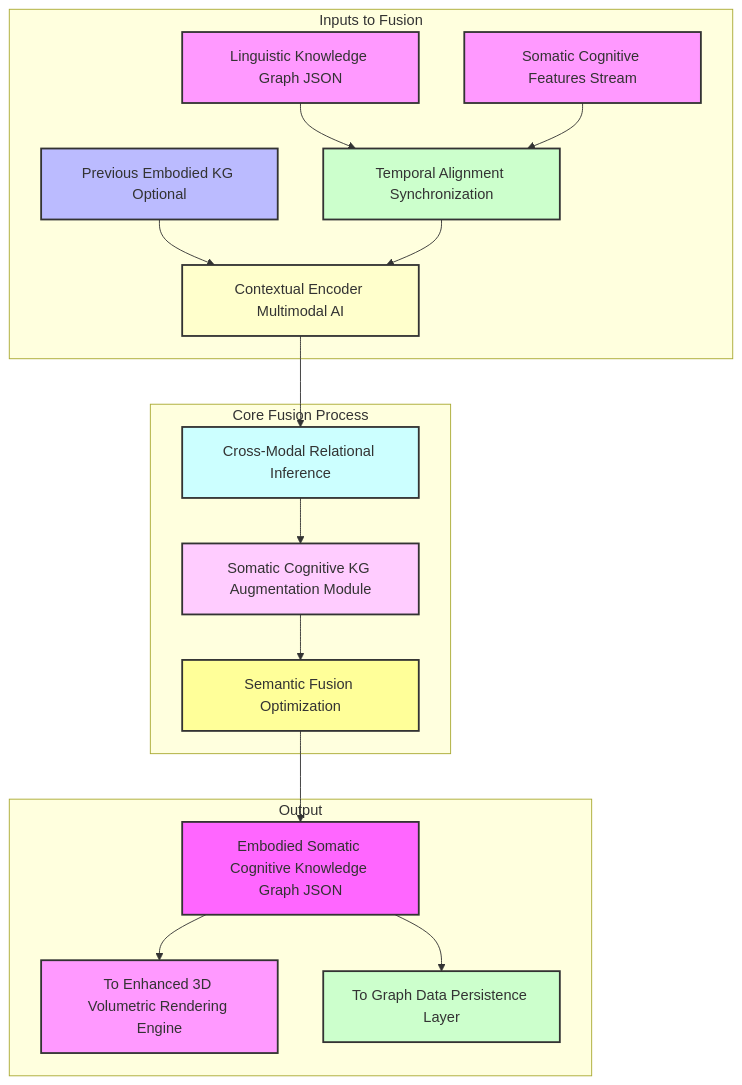
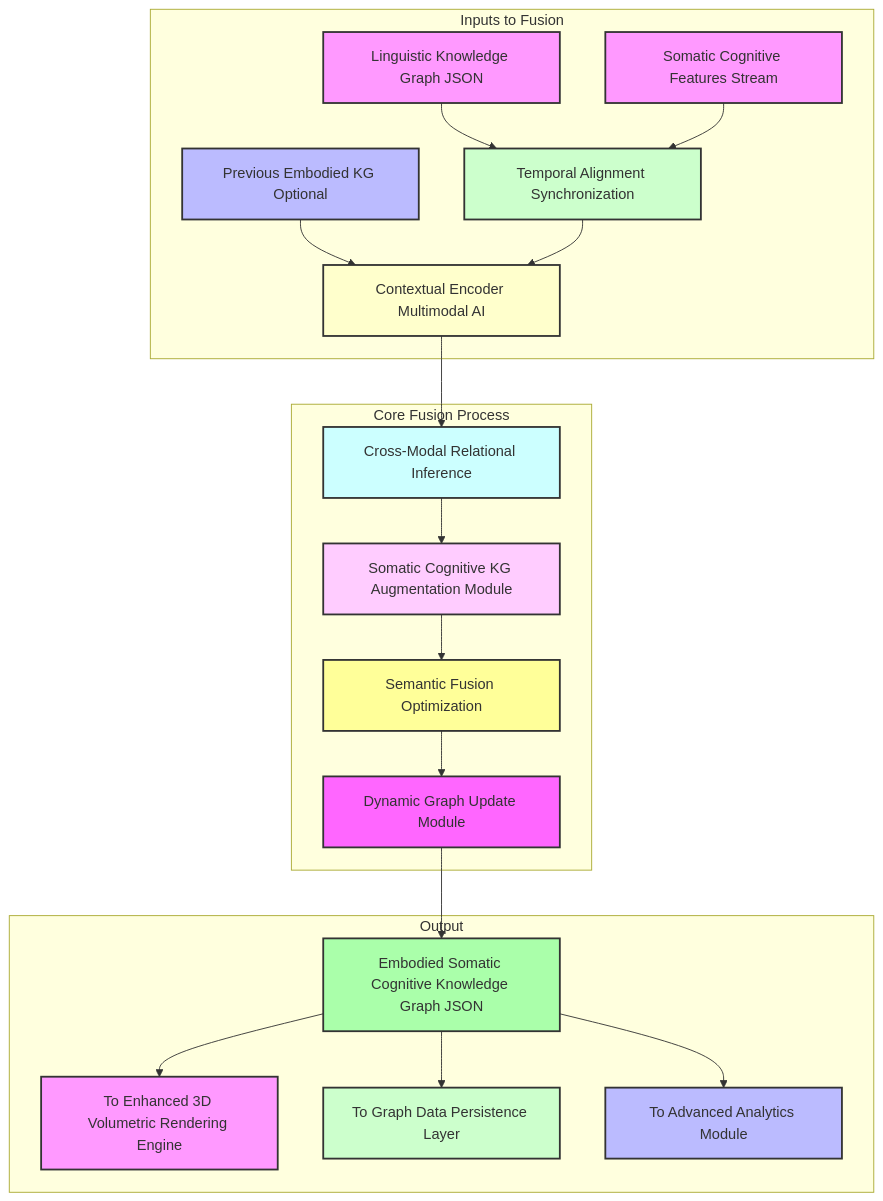
One commit to diplomat-bit/Citibank_Demo_Business_Inc_Demonstration- changed the fifth of 9 diagrams in inventions/inventions/012_holographic_meeting_scribe/014_multimodal_somatic_cognitive_graph_integration.md. Above: the diagram before and after it, drawn with Mermaid. The commit also changed other lines of this file, not shown here.

Commit message:
[AI] Edit: inventions/inventions/012_holographic_meeting_scribe/014_multimodal_somatic_cognitive_graph_integration.md

````diff
--- a/inventions/inventions/012_holographic_meeting_scribe/014_multimodal_somatic_cognitive_graph_integration.md
+++ b/inventions/inventions/012_holographic_meeting_scribe/014_multimodal_somatic_cognitive_graph_integration.md
@@ -178,36 +320,40 @@
 ```mermaid
 graph TD
     subgraph Inputs to Fusion
         LKG_IN[Linguistic Knowledge Graph JSON] --> TEMP_ALIGN[Temporal Alignment Synchronization];
         SOM_FEATS[Somatic Cognitive Features Stream] --> TEMP_ALIGN;
         
         PRIOR_ESCKG[Previous Embodied KG Optional] --> CONTEXT_ENC[Contextual Encoder Multimodal AI];
     end
 
     subgraph Core Fusion Process
         TEMP_ALIGN --> CONTEXT_ENC;
         CONTEXT_ENC --> CROSS_MOD_INF[Cross-Modal Relational Inference];
         CROSS_MOD_INF --> SOM_KG_GEN[Somatic Cognitive KG Augmentation Module];
         SOM_KG_GEN --> SEM_FUSION_OPT[Semantic Fusion Optimization];
+        SEM_FUSION_OPT --> DYN_GRAPH_UPDATE_MOD[Dynamic Graph Update Module];
     end
 
     subgraph Output
-        SEM_FUSION_OPT --> ESCKG_OUT[Embodied Somatic Cognitive Knowledge Graph JSON];
+        DYN_GRAPH_UPDATE_MOD --> ESCKG_OUT[Embodied Somatic Cognitive Knowledge Graph JSON];
         ESCKG_OUT --> TO_RENDER[To Enhanced 3D Volumetric Rendering Engine];
         ESCKG_OUT --> TO_PERSIST[To Graph Data Persistence Layer];
+        ESCKG_OUT --> TO_ANALYTICS[To Advanced Analytics Module];
     end
 
     style LKG_IN fill:#f9f,stroke:#333,stroke-width:2px
     style SOM_FEATS fill:#f9f,stroke:#333,stroke-width:2px
     style PRIOR_ESCKG fill:#bbf,stroke:#333,stroke-width:2px
 
     style TEMP_ALIGN fill:#cfc,stroke:#333,stroke-width:2px
     style CONTEXT_ENC fill:#ffc,stroke:#333,stroke-width:2px
     style CROSS_MOD_INF fill:#cff,stroke:#333,stroke-width:2px
     style SOM_KG_GEN fill:#fcf,stroke:#333,stroke-width:2px
     style SEM_FUSION_OPT fill:#ff9,stroke:#333,stroke-width:2px
+    style DYN_GRAPH_UPDATE_MOD fill:#f6f,stroke:#333,stroke-width:2px
 
-    style ESCKG_OUT fill:#f6f,stroke:#333,stroke-width:2px
+    style ESCKG_OUT fill:#aaffaa,stroke:#333,stroke-width:2px
     style TO_RENDER fill:#f9f,stroke:#333,stroke-width:2px
     style TO_PERSIST fill:#cfc,stroke:#333,stroke-width:2px
+    style TO_ANALYTICS fill:#bbf,stroke:#333,stroke-width:2px
 ```
````
